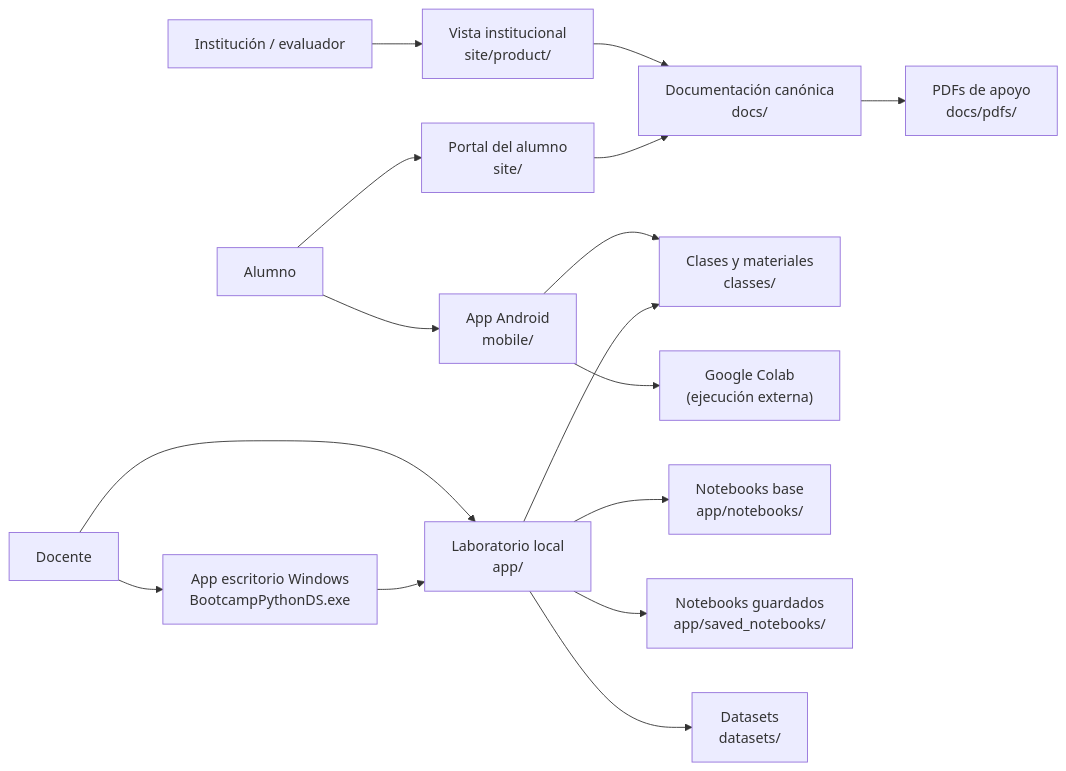
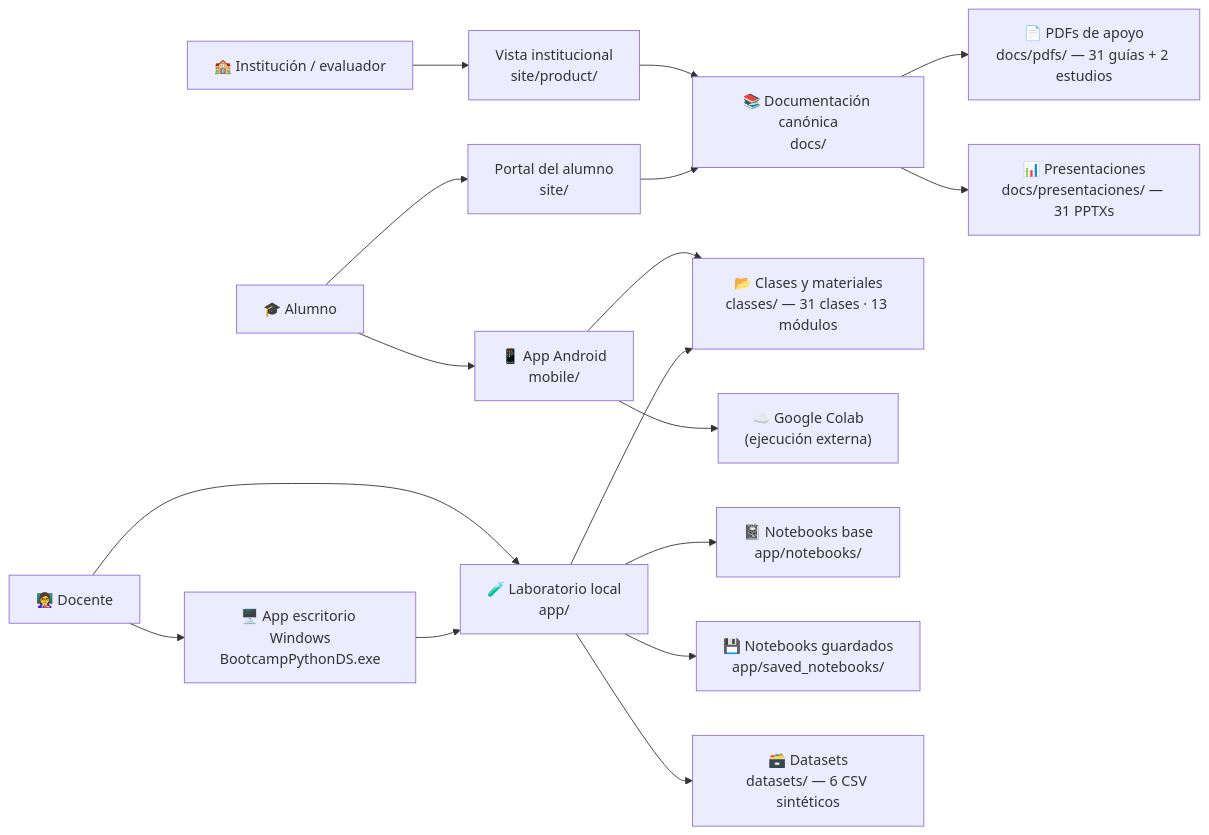
One commit to vladimiracunadev-create/python-data-science-bootcamp changed the first of 4 diagrams in docs/ARQUITECTURA_PRODUCTO.md. Above: the diagram before and after it, drawn with Mermaid. The commit also changed other lines of this file and 5 other files, not shown here.

````diff
--- a/docs/ARQUITECTURA_PRODUCTO.md
+++ b/docs/ARQUITECTURA_PRODUCTO.md
@@ -19,19 +19,20 @@
 ```mermaid
 graph LR
-    INST["Institución / evaluador"] --> PRODUCT["Vista institucional\nsite/product/"]
-    ALUM["Alumno"] --> PORTAL["Portal del alumno\nsite/"]
-    ALUM --> MOBILE["App Android\nmobile/"]
-    DOC["Docente"] --> LAB["Laboratorio local\napp/"]
-    DOC --> WIN["App escritorio Windows\nBootcampPythonDS.exe"]
+    INST["🏫 Institución / evaluador"] --> PRODUCT["Vista institucional\nsite/product/"]
+    ALUM["🎓 Alumno"] --> PORTAL["Portal del alumno\nsite/"]
+    ALUM --> MOBILE["📱 App Android\nmobile/"]
+    DOC["👩‍🏫 Docente"] --> LAB["🧪 Laboratorio local\napp/"]
+    DOC --> WIN["🖥️ App escritorio Windows\nBootcampPythonDS.exe"]
 
-    PRODUCT --> DOCS["Documentación canónica\ndocs/"]
+    PRODUCT --> DOCS["📚 Documentación canónica\ndocs/"]
     PORTAL --> DOCS
     WIN --> LAB
-    MOBILE --> CLASSES["Clases y materiales\nclasses/"]
-    MOBILE --> COLAB["Google Colab\n(ejecución externa)"]
+    MOBILE --> CLASSES["📂 Clases y materiales\nclasses/ — 31 clases · 13 módulos"]
+    MOBILE --> COLAB["☁️ Google Colab\n(ejecución externa)"]
     LAB --> CLASSES
-    LAB --> NOTEBOOKS["Notebooks base\napp/notebooks/"]
-    LAB --> SAVED["Notebooks guardados\napp/saved_notebooks/"]
-    LAB --> DATA["Datasets\ndatasets/"]
-    DOCS --> PDFS["PDFs de apoyo\ndocs/pdfs/"]
+    LAB --> NOTEBOOKS["📓 Notebooks base\napp/notebooks/"]
+    LAB --> SAVED["💾 Notebooks guardados\napp/saved_notebooks/"]
+    LAB --> DATA["🗃️ Datasets\ndatasets/ — 6 CSV sintéticos"]
+    DOCS --> PDFS["📄 PDFs de apoyo\ndocs/pdfs/ — 31 guías + 2 estudios"]
+    DOCS --> PPTX["📊 Presentaciones\ndocs/presentaciones/ — 31 PPTXs"]
 ```
````
